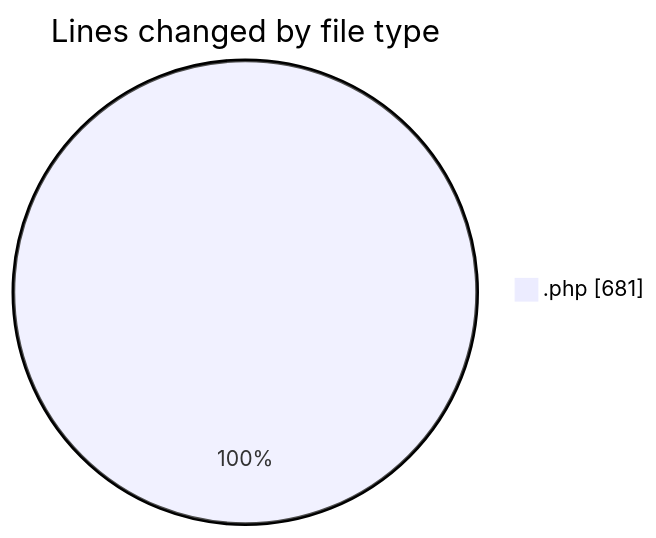
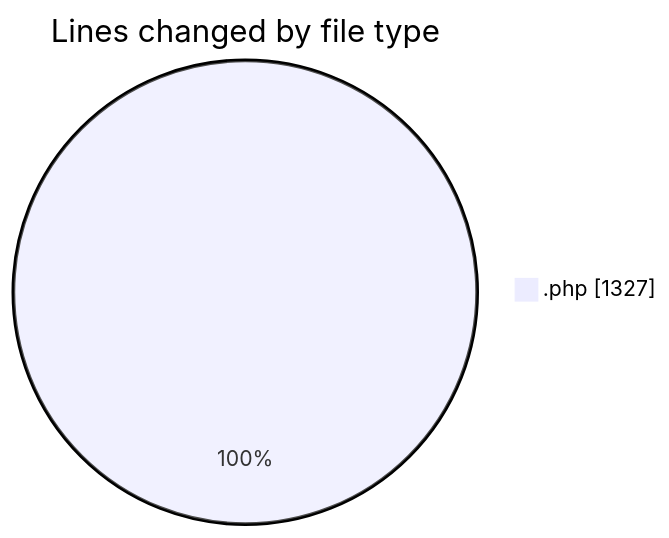
Before and after one commit to debugP/code-tracking: the first of 2 diagrams in 2026-07-09/wp-content/README.md, drawn with Mermaid. The commit also changed other lines of this file and 1 other file, not shown here.

````diff
--- a/2026-07-09/wp-content/README.md
+++ b/2026-07-09/wp-content/README.md
@@ -21,5 +22,5 @@
 ```mermaid
 pie showData
 title Lines changed by file type
-".php" : 681
+".php" : 1327
 ```
````
